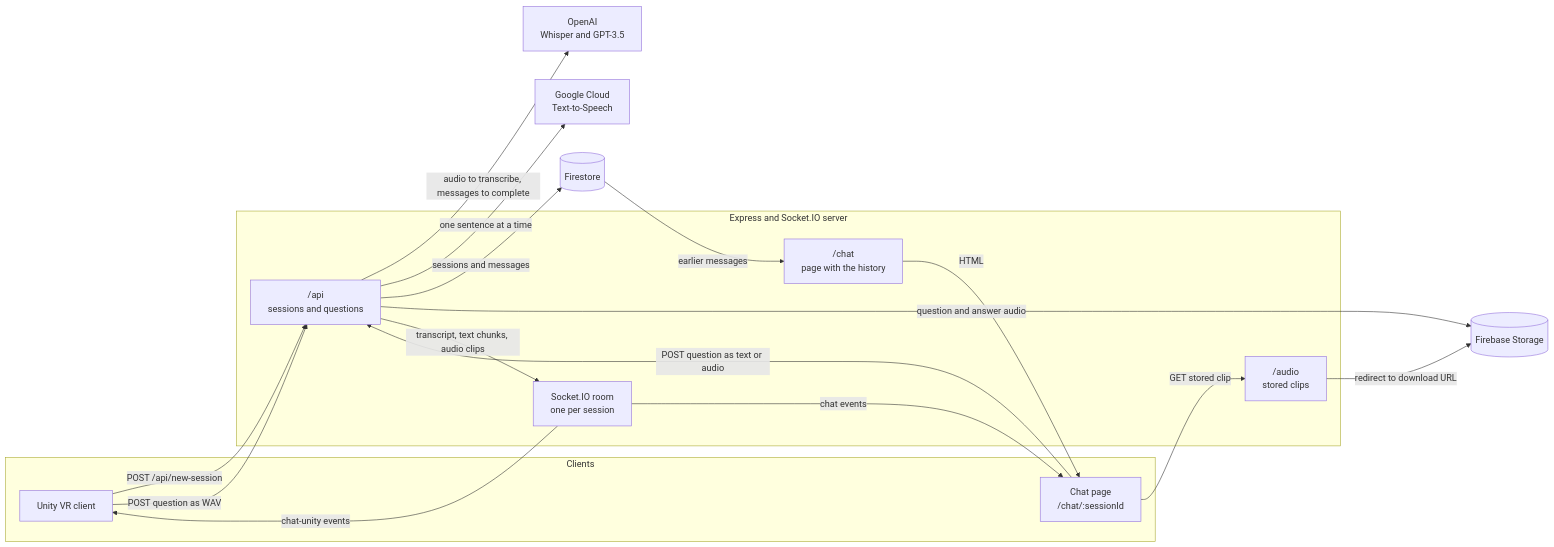
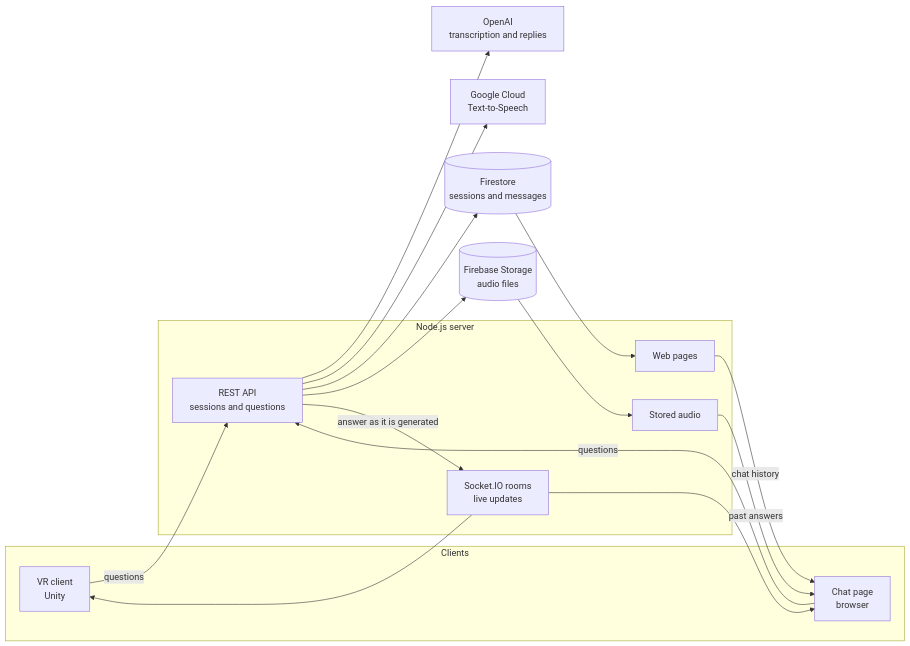
The diagram in README.md (tommasomoro8/impression-cafe), drawn with Mermaid before and after one commit. The commit also changed other lines of this file, not shown here.

Commit message:
Simplify the architecture section and trim limitations and future work

````diff
--- a/README.md
+++ b/README.md
@@ -88,32 +88,31 @@
 ```mermaid
 flowchart LR
   subgraph Clients
-    VR["Unity VR client"]
-    ChatPage["Chat page<br>/chat/:sessionId"]
+    VR["VR client<br>Unity"]
+    ChatPage["Chat page<br>browser"]
   end
-  subgraph Server["Express and Socket.IO server"]
-    API["/api<br>sessions and questions"]
-    Pages["/chat<br>page with the history"]
-    Room["Socket.IO room<br>one per session"]
-    AudioRoute["/audio<br>stored clips"]
+  subgraph Server["Node.js server"]
+    API["REST API<br>sessions and questions"]
+    Room["Socket.IO rooms<br>live updates"]
+    Pages["Web pages"]
+    AudioRoute["Stored audio"]
   end
-  OpenAI["OpenAI<br>Whisper and GPT-3.5"]
+  OpenAI["OpenAI<br>transcription and replies"]
   TTS["Google Cloud<br>Text-to-Speech"]
-  FS[("Firestore")]
-  ST[("Firebase Storage")]
+  FS[("Firestore<br>sessions and messages")]
+  ST[("Firebase Storage<br>audio files")]
 
-  VR -->|"POST /api/new-session"| API
-  VR -->|"POST question as WAV"| API
-  ChatPage -->|"POST question as text or audio"| API
-  API -->|"audio to transcribe, messages to complete"| OpenAI
-  API -->|"one sentence at a time"| TTS
-  API -->|"sessions and messages"| FS
-  API -->|"question and answer audio"| ST
-  API -->|"transcript, text chunks, audio clips"| Room
-  Room -->|"chat events"| ChatPage
-  Room -->|"chat-unity events"| VR
-  FS -->|"earlier messages"| Pages
-  Pages -->|"HTML"| ChatPage
-  ChatPage -->|"GET stored clip"| AudioRoute
-  AudioRoute -->|"redirect to download URL"| ST
+  VR -->|"questions"| API
+  ChatPage -->|"questions"| API
+  API --> OpenAI
+  API --> TTS
+  API --> FS
+  API --> ST
+  API -->|"answer as it is generated"| Room
+  Room --> VR
+  Room --> ChatPage
+  FS --> Pages
+  Pages -->|"chat history"| ChatPage
+  ST --> AudioRoute
+  AudioRoute -->|"past answers"| ChatPage
 ```
````
